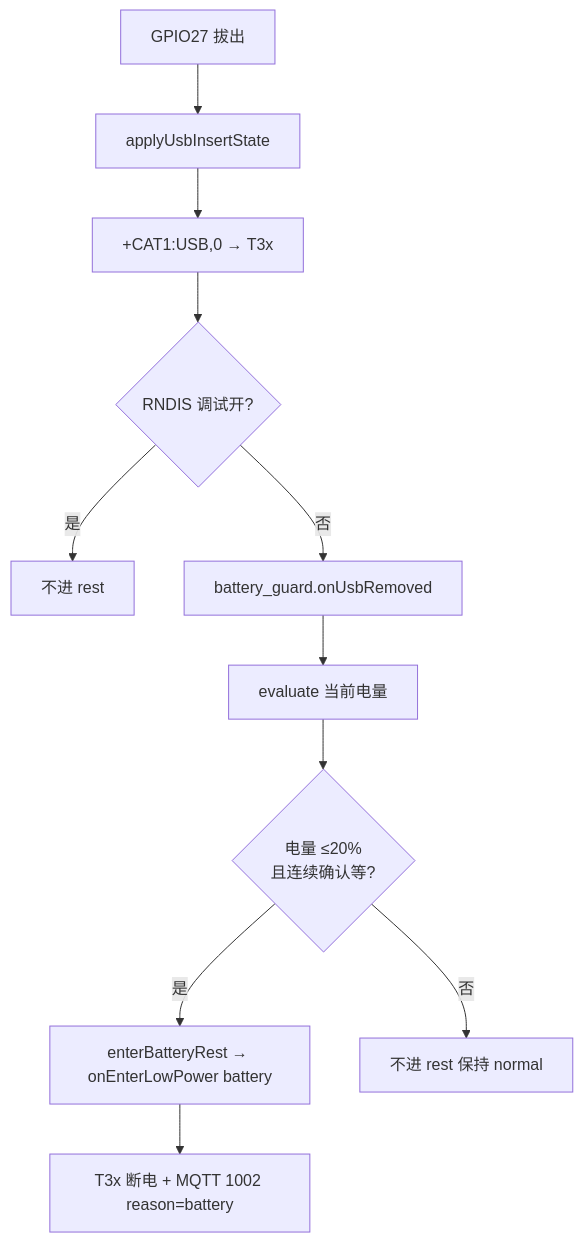
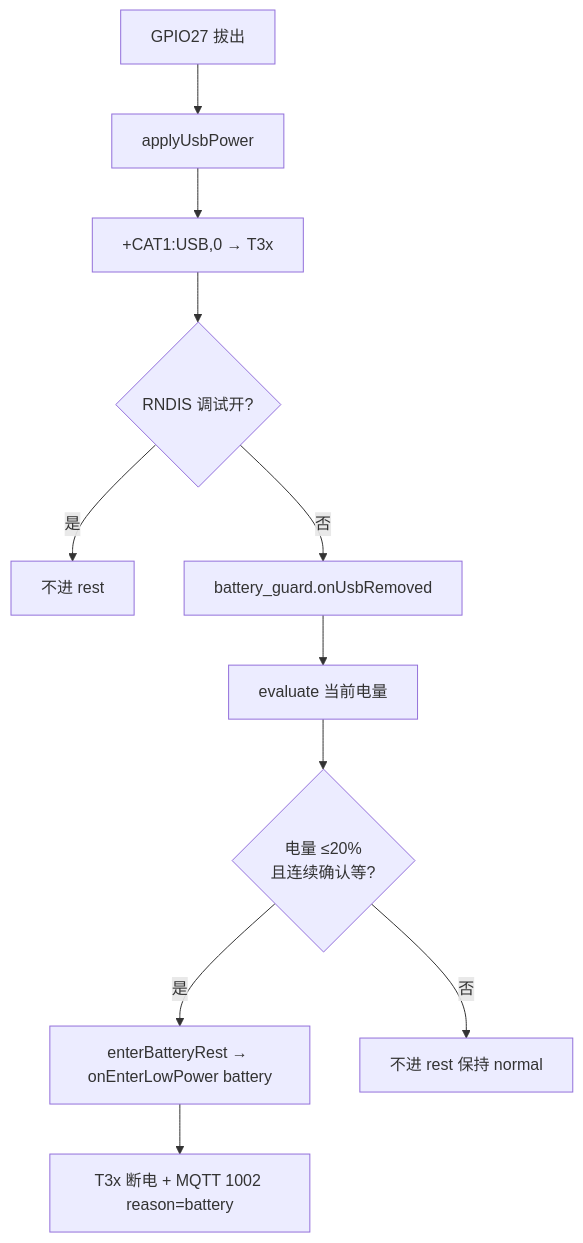
One commit to dzr1986/AIR780EHM changed the second of 2 diagrams in doc/WORK_MODE_BATTERY_20PCT.md. Above: the diagram before and after it, drawn with Mermaid. The commit also changed other lines of this file and 84 other files, not shown here.

````diff
--- a/doc/WORK_MODE_BATTERY_20PCT.md
+++ b/doc/WORK_MODE_BATTERY_20PCT.md
@@ -205,13 +205,13 @@
 ```mermaid
 flowchart TD
-    A[GPIO27 拔出] --> B[applyUsbInsertState]
+    A[GPIO27 拔出] --> B[applyUsbPower]
     B --> C[+CAT1:USB,0 → T3x]
     C --> D{RNDIS 调试开?}
     D -->|是| Z[不进 rest]
     D -->|否| E[battery_guard.onUsbRemoved]
     E --> F[evaluate 当前电量]
     F --> G{电量 ≤20%\n且连续确认等?}
     G -->|是| H[enterBatteryRest → onEnterLowPower battery]
     G -->|否| I[不进 rest 保持 normal]
     H --> J[T3x 断电 + MQTT 1002 reason=battery]
 ```
````
